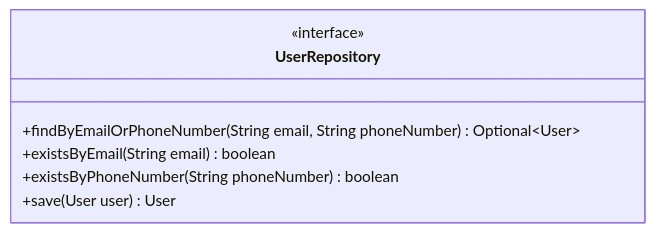
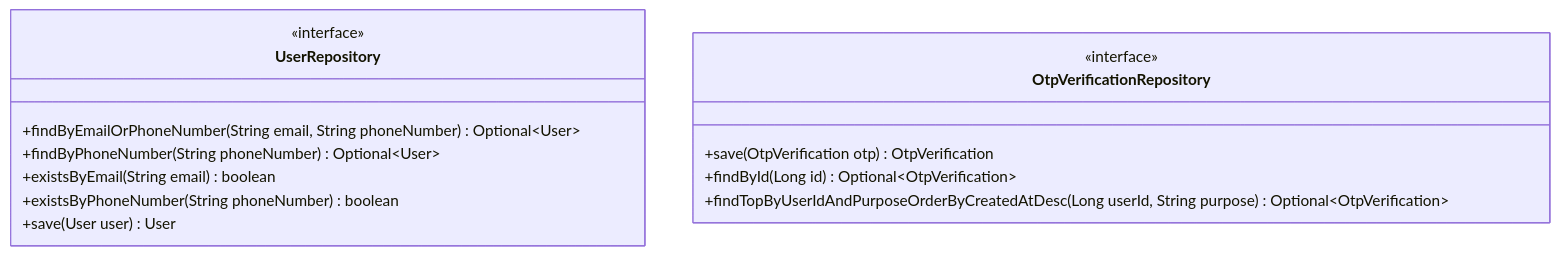
Before and after one commit to BlackyB0o/CS261_650001_group5: the third of 8 diagrams in docs/task-04/README.md, drawn with Mermaid. The commit also changed other lines of this file and 1 other file, not shown here.

Commit message:
removed role selection, added OTP login and reset password

````diff
--- a/docs/task-04/README.md
+++ b/docs/task-04/README.md
@@ -286,10 +414,17 @@
 ```mermaid
 classDiagram
     class UserRepository {
         <<interface>>
         +findByEmailOrPhoneNumber(String email, String phoneNumber) Optional~User~
+        +findByPhoneNumber(String phoneNumber) Optional~User~
         +existsByEmail(String email) boolean
         +existsByPhoneNumber(String phoneNumber) boolean
         +save(User user) User
     }
+    class OtpVerificationRepository {
+        <<interface>>
+        +save(OtpVerification otp) OtpVerification
+        +findById(Long id) Optional~OtpVerification~
+        +findTopByUserIdAndPurposeOrderByCreatedAtDesc(Long userId, String purpose) Optional~OtpVerification~
+    }
 ```
````
